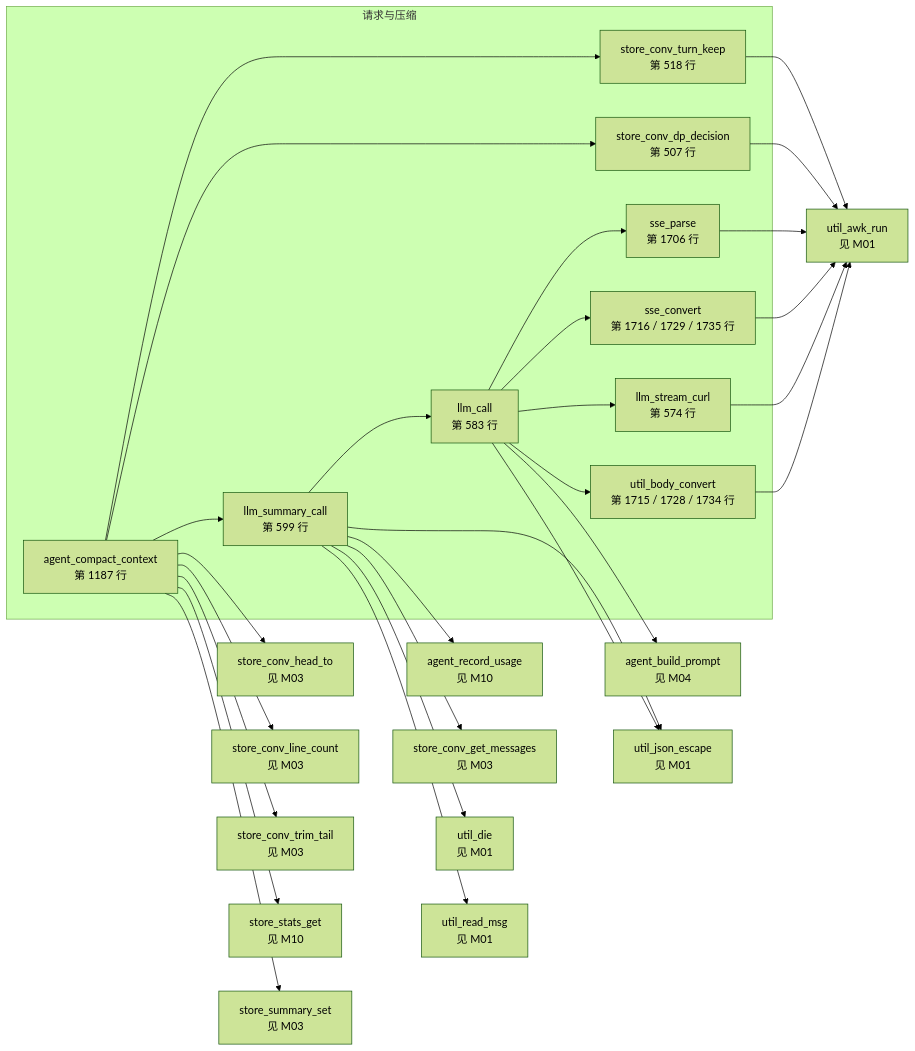
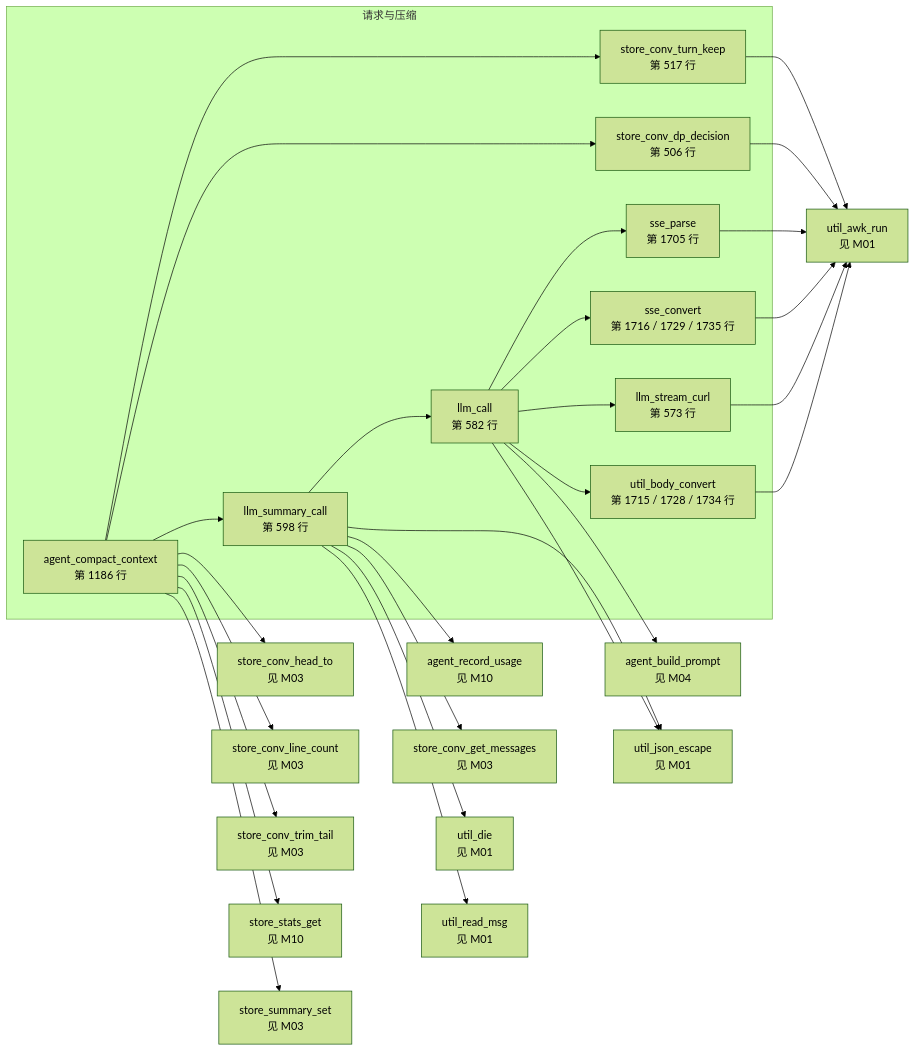
Before and after one commit to lloydzhou/bash-agent: the eighth of 15 diagrams in docs/bash-data-flow.md, drawn with Mermaid (forest theme). The commit also changed other lines of this file and 1 other file, not shown here.

Commit message:
style: 移除 store_conv_get_messages 接口注释

````diff
--- a/docs/bash-data-flow.md
+++ b/docs/bash-data-flow.md
@@ -274,52 +274,52 @@
 ```mermaid
 flowchart LR
   subgraph mod_6["请求与压缩"]
-    f_llm_call["llm_call<br/>第 583 行"]
+    f_llm_call["llm_call<br/>第 582 行"]
     f_util_body_convert["util_body_convert<br/>第 1715 / 1728 / 1734 行"]
-    f_llm_stream_curl["llm_stream_curl<br/>第 574 行"]
+    f_llm_stream_curl["llm_stream_curl<br/>第 573 行"]
     f_sse_convert["sse_convert<br/>第 1716 / 1729 / 1735 行"]
-    f_sse_parse["sse_parse<br/>第 1706 行"]
-    f_llm_summary_call["llm_summary_call<br/>第 599 行"]
-    f_agent_compact_context["agent_compact_context<br/>第 1187 行"]
-    f_store_conv_dp_decision["store_conv_dp_decision<br/>第 507 行"]
-    f_store_conv_turn_keep["store_conv_turn_keep<br/>第 518 行"]
+    f_sse_parse["sse_parse<br/>第 1705 行"]
+    f_llm_summary_call["llm_summary_call<br/>第 598 行"]
+    f_agent_compact_context["agent_compact_context<br/>第 1186 行"]
+    f_store_conv_dp_decision["store_conv_dp_decision<br/>第 506 行"]
+    f_store_conv_turn_keep["store_conv_turn_keep<br/>第 517 行"]
   end
   f_agent_build_prompt["agent_build_prompt<br/>见 M04"]
   f_agent_record_usage["agent_record_usage<br/>见 M10"]
   f_store_conv_get_messages["store_conv_get_messages<br/>见 M03"]
   f_store_conv_head_to["store_conv_head_to<br/>见 M03"]
   f_store_conv_line_count["store_conv_line_count<br/>见 M03"]
   f_store_conv_trim_tail["store_conv_trim_tail<br/>见 M03"]
   f_store_stats_get["store_stats_get<br/>见 M10"]
   f_store_summary_set["store_summary_set<br/>见 M03"]
   f_util_awk_run["util_awk_run<br/>见 M01"]
   f_util_die["util_die<br/>见 M01"]
   f_util_json_escape["util_json_escape<br/>见 M01"]
   f_util_read_msg["util_read_msg<br/>见 M01"]
   f_llm_call --> f_agent_build_prompt
   f_llm_call --> f_util_json_escape
   f_llm_call --> f_util_body_convert
   f_llm_call --> f_llm_stream_curl
   f_llm_call --> f_sse_convert
   f_llm_call --> f_sse_parse
   f_util_body_convert --> f_util_awk_run
   f_llm_stream_curl --> f_util_awk_run
   f_sse_convert --> f_util_awk_run
   f_sse_parse --> f_util_awk_run
   f_llm_summary_call --> f_store_conv_get_messages
   f_llm_summary_call --> f_util_json_escape
   f_llm_summary_call --> f_util_read_msg
   f_llm_summary_call --> f_llm_call
   f_llm_summary_call --> f_agent_record_usage
   f_llm_summary_call --> f_util_die
   f_agent_compact_context --> f_store_conv_dp_decision
   f_agent_compact_context --> f_store_stats_get
   f_agent_compact_context --> f_store_conv_line_count
   f_agent_compact_context --> f_store_conv_turn_keep
   f_agent_compact_context --> f_store_conv_head_to
   f_agent_compact_context --> f_llm_summary_call
   f_agent_compact_context --> f_store_summary_set
   f_agent_compact_context --> f_store_conv_trim_tail
   f_store_conv_dp_decision --> f_util_awk_run
   f_store_conv_turn_keep --> f_util_awk_run
 ```
````
